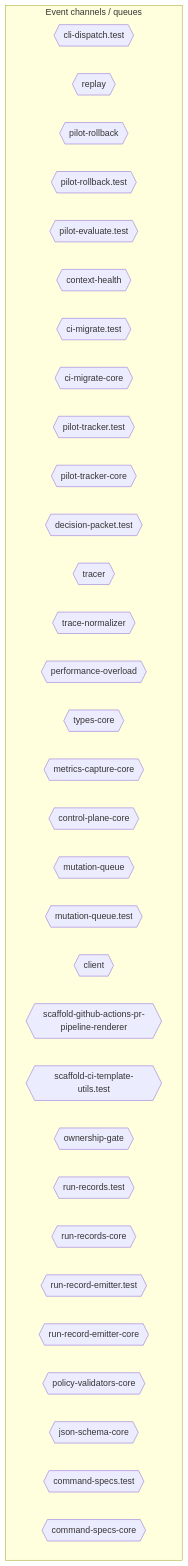
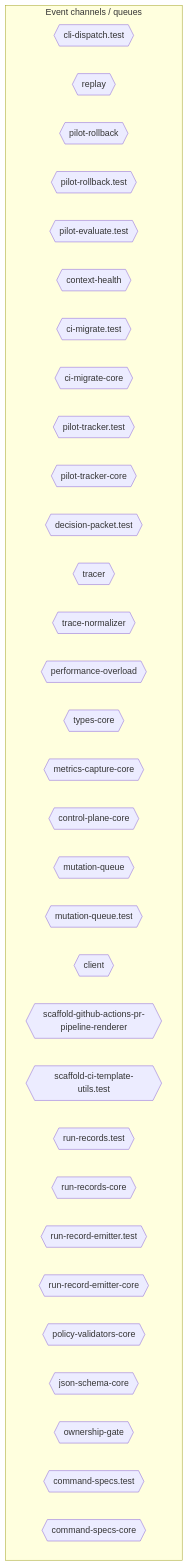
The sixth of 10 diagrams in AI/context/diagram-context.md (jscraik/coding-harness), drawn with Mermaid before and after one commit. The commit also changed other lines of this file and 5 other files, not shown here.

First line of the commit message:
fix(diagrams): stabilize generated context ids

````diff
--- a/AI/context/diagram-context.md
+++ b/AI/context/diagram-context.md
@@ -2394,38 +2394,38 @@
 ```mermaid
 flowchart TD
   subgraph Channels["Event channels / queues"]
     cli_dispatch_test_54c9f17b{{"cli-dispatch.test"}}
     replay_ac203c98{{"replay"}}
     pilot_rollback_00c1f82c{{"pilot-rollback"}}
     pilot_rollback_test_e61d5a2b{{"pilot-rollback.test"}}
     pilot_evaluate_test_a2ac06fc{{"pilot-evaluate.test"}}
     context_health_80bb7da9{{"context-health"}}
     ci_migrate_test_2a015bb9{{"ci-migrate.test"}}
     ci_migrate_core_7005b5af{{"ci-migrate-core"}}
     pilot_tracker_test_80398a66{{"pilot-tracker.test"}}
     pilot_tracker_core_80d8ac96{{"pilot-tracker-core"}}
     decision_packet_test_9ea0e97b{{"decision-packet.test"}}
     tracer_1e6243a2{{"tracer"}}
     trace_normalizer_cb1be1d2{{"trace-normalizer"}}
     performance_overload_c685bfcf{{"performance-overload"}}
     types_core_e405ddca{{"types-core"}}
     metrics_capture_core_db4bf7cf{{"metrics-capture-core"}}
     control_plane_core_db3b4cb2{{"control-plane-core"}}
     mutation_queue_ce5a530e{{"mutation-queue"}}
     mutation_queue_test_10b599e8{{"mutation-queue.test"}}
     client_1_914e1681{{"client"}}
     scaffold_github_actions_pr_pipeline_renderer_1ee18de5{{"scaffold-github-actions-pr-pipeline-renderer"}}
     scaffold_ci_template_utils_test_b94825d9{{"scaffold-ci-template-utils.test"}}
-    ownership_gate_2e194d13{{"ownership-gate"}}
     run_records_test_3ee6a0e3{{"run-records.test"}}
     run_records_core_89286dfa{{"run-records-core"}}
     run_record_emitter_test_5475c0da{{"run-record-emitter.test"}}
     run_record_emitter_core_688049d5{{"run-record-emitter-core"}}
     policy_validators_core_714a3fe7{{"policy-validators-core"}}
     json_schema_core_96d7e328{{"json-schema-core"}}
+    ownership_gate_2e194d13{{"ownership-gate"}}
     command_specs_test_7f693e85{{"command-specs.test"}}
     command_specs_core_1c0ffc99{{"command-specs-core"}}
   end
   classDef eventNode fill:#db2777,color:#fff
 
 ```
````
